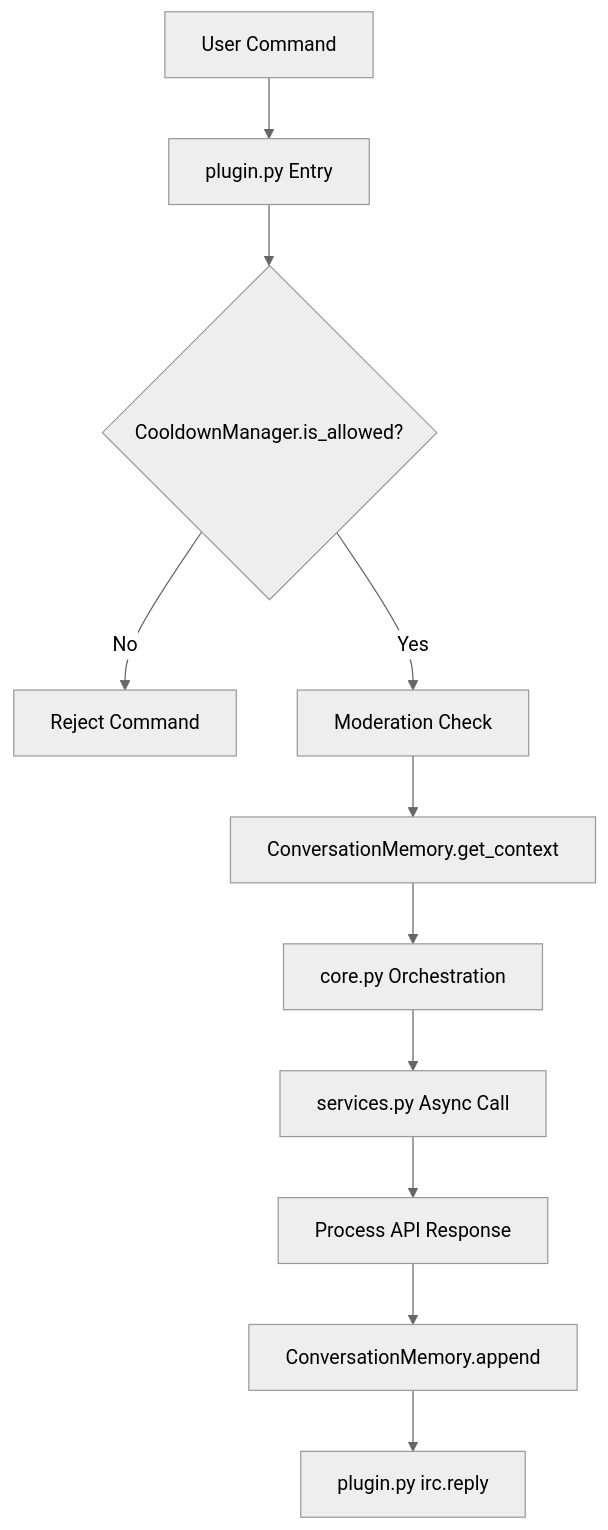
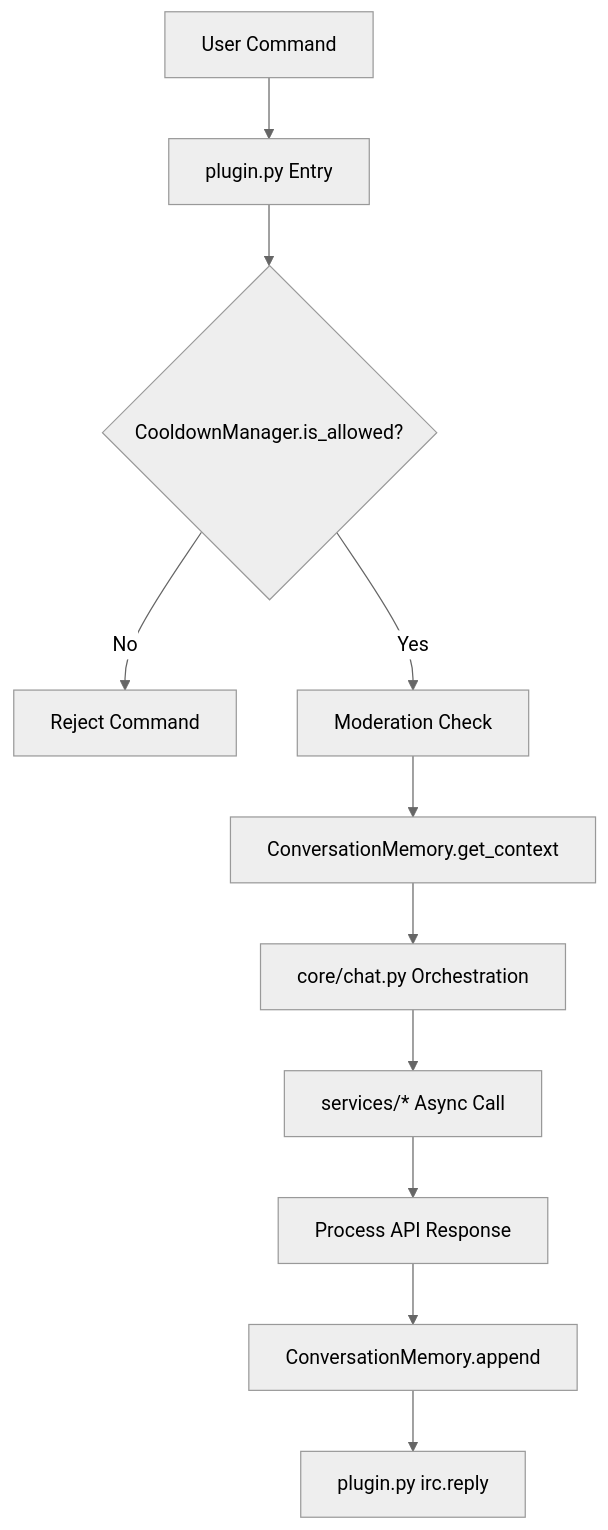
Before and after one commit to Alcheri/Limnoria-plugins: the second of 6 diagrams in docs/architecture.md, drawn with Mermaid (neutral theme). The commit also changed other lines of this file and 21 other files, not shown here.

````diff
--- a/docs/architecture.md
+++ b/docs/architecture.md
@@ -37,20 +37,20 @@
 ```mermaid
 flowchart TD
     A[User Command] --> B[plugin.py Entry]
 
     B --> C{CooldownManager.is_allowed?}
     C -- No --> X[Reject Command]
     C -- Yes --> D[Moderation Check]
 
     D --> E[ConversationMemory.get_context]
 
-    E --> F[core.py Orchestration]
+    E --> F[core/chat.py Orchestration]
 
-    F --> G[services.py Async Call]
+    F --> G[services/* Async Call]
 
     G --> H[Process API Response]
 
     H --> I[ConversationMemory.append]
 
     I --> J[plugin.py irc.reply]
 ```
````
